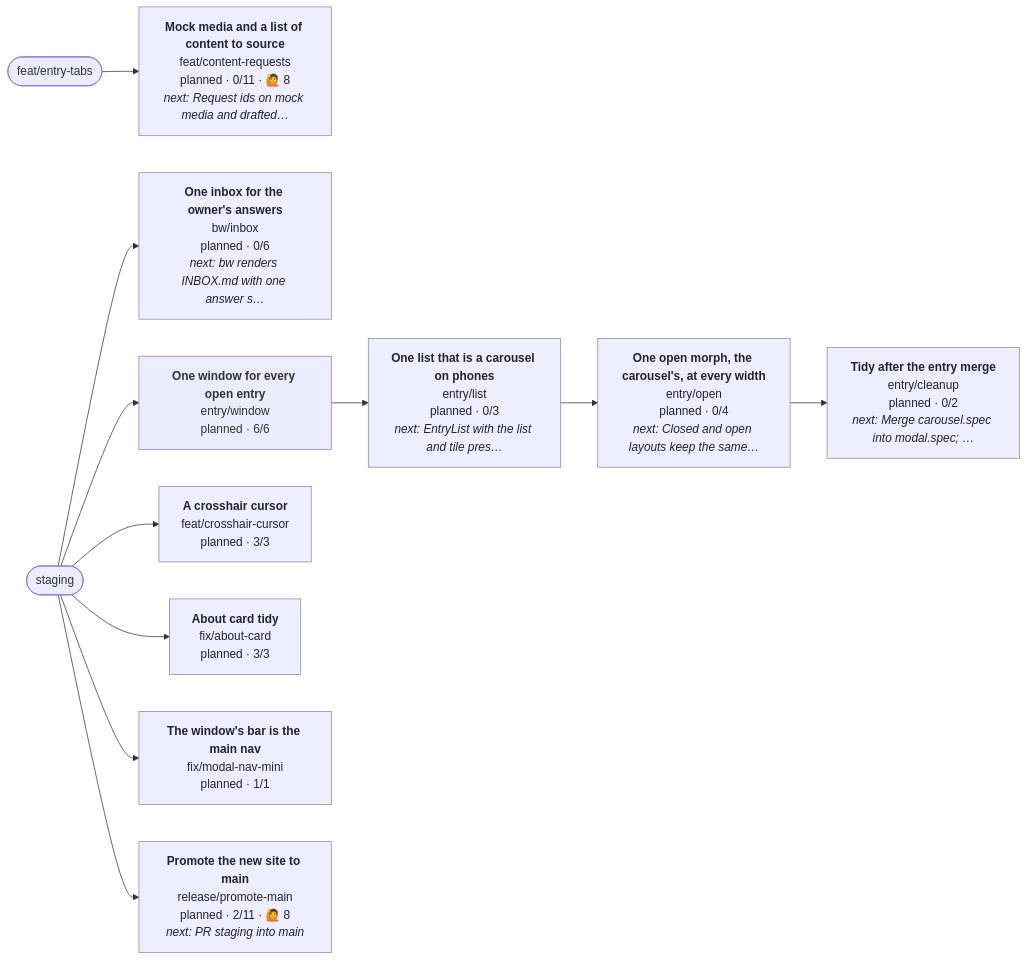
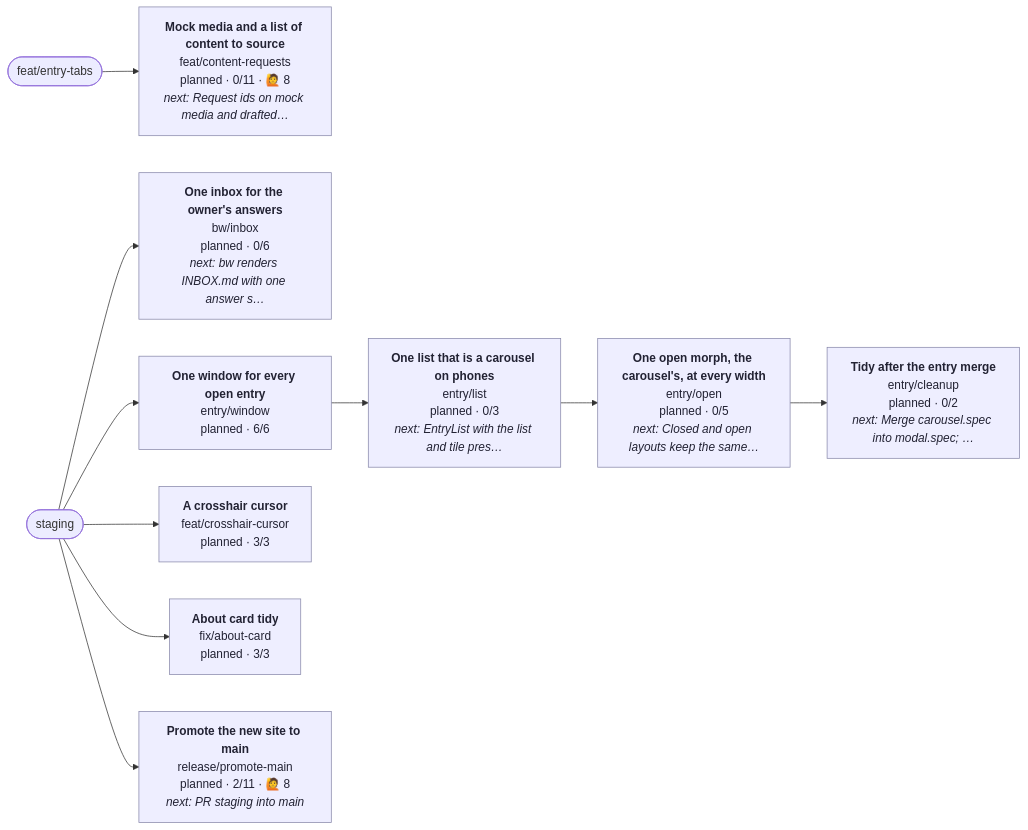
The diagram in CONTRIBUTING.md (henryjonescodes/portfolio), drawn with Mermaid before and after one commit. The commit also changed other lines of this file, not shown here.

````diff
--- a/CONTRIBUTING.md
+++ b/CONTRIBUTING.md
@@ -17,40 +17,37 @@
 ```mermaid
 flowchart LR
   n_staging([staging])
   n_feat_entry_tabs([feat/entry-tabs])
   n_bw_inbox["<b>One inbox for the owner's answers</b><br/>bw/inbox<br/>planned · 0/6<br/><i>next: bw renders INBOX.md with one answer s…</i>"]
   class n_bw_inbox planned
   n_staging --> n_bw_inbox
   n_entry_cleanup["<b>Tidy after the entry merge</b><br/>entry/cleanup<br/>planned · 0/2<br/><i>next: Merge carousel.spec into modal.spec; …</i>"]
   class n_entry_cleanup planned
   n_entry_open --> n_entry_cleanup
   n_entry_list["<b>One list that is a carousel on phones</b><br/>entry/list<br/>planned · 0/3<br/><i>next: EntryList with the list and tile pres…</i>"]
   class n_entry_list planned
   n_entry_window --> n_entry_list
-  n_entry_open["<b>One open morph, the carousel's, at every width</b><br/>entry/open<br/>planned · 0/4<br/><i>next: Closed and open layouts keep the same…</i>"]
+  n_entry_open["<b>One open morph, the carousel's, at every width</b><br/>entry/open<br/>planned · 0/5<br/><i>next: Closed and open layouts keep the same…</i>"]
   class n_entry_open planned
   n_entry_list --> n_entry_open
   n_entry_window["<b>One window for every open entry</b><br/>entry/window<br/>planned · 6/6"]
-  class n_entry_window planned,current
+  class n_entry_window planned
   n_staging --> n_entry_window
   n_feat_content_requests["<b>Mock media and a list of content to source</b><br/>feat/content-requests<br/>planned · 0/11 · 🙋 8<br/><i>next: Request ids on mock media and drafted…</i>"]
   class n_feat_content_requests planned
   n_feat_entry_tabs --> n_feat_content_requests
   n_feat_crosshair_cursor["<b>A crosshair cursor</b><br/>feat/crosshair-cursor<br/>planned · 3/3"]
   class n_feat_crosshair_cursor planned
   n_staging --> n_feat_crosshair_cursor
   n_fix_about_card["<b>About card tidy</b><br/>fix/about-card<br/>planned · 3/3"]
   class n_fix_about_card planned
   n_staging --> n_fix_about_card
-  n_fix_modal_nav_mini["<b>The window's bar is the main nav</b><br/>fix/modal-nav-mini<br/>planned · 1/1"]
-  class n_fix_modal_nav_mini planned
-  n_staging --> n_fix_modal_nav_mini
   n_release_promote_main["<b>Promote the new site to main</b><br/>release/promote-main<br/>planned · 2/11 · 🙋 8<br/><i>next: PR staging into main</i>"]
   class n_release_promote_main planned
   n_staging --> n_release_promote_main
   classDef planned fill:#eef,stroke:#88a,color:#223
   classDef active fill:#dfd,stroke:#3a3,stroke-width:3px,color:#132
   classDef blocked fill:#fdd,stroke:#c33,color:#311
   classDef review fill:#ffd,stroke:#cc3,color:#331
   classDef current stroke:#06c,stroke-width:4px
 ```
````
